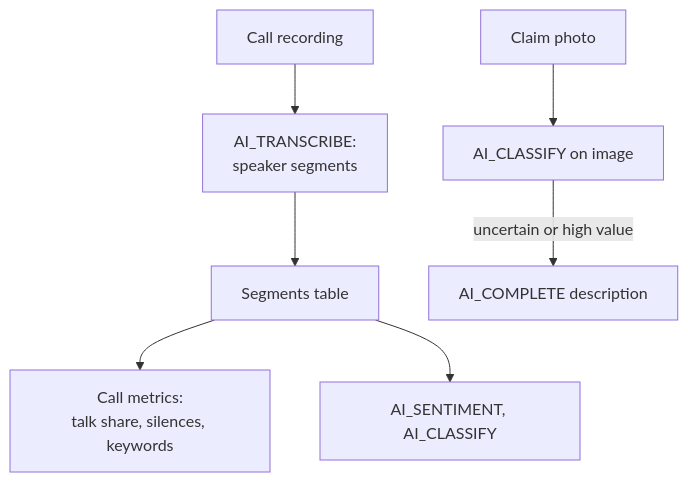
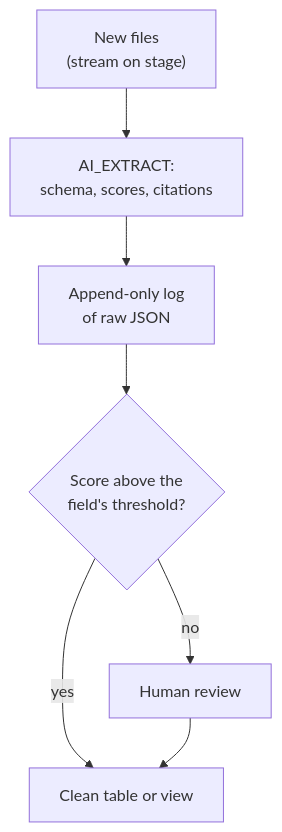
One commit to Abhi4972/AI-From-Zero-to-Hero changed the diagram in data/diagrams/a3307.mmd. Above: the diagram before and after it, drawn with Mermaid. The commit also changed 74 other files, not shown here.

```diff
--- a/data/diagrams/a3307.mmd
+++ b/data/diagrams/a3307.mmd
@@ -1,8 +1,8 @@
-%% after: Calls
+%% after: AI_EXTRACT
 flowchart TD
-  AU["Call recording"] --> TR["AI_TRANSCRIBE:<br/>speaker segments"]
-  TR --> SG["Segments table"]
-  SG --> MT["Call metrics:<br/>talk share, silences, keywords"]
-  SG --> SE["AI_SENTIMENT, AI_CLASSIFY"]
-  PH["Claim photo"] --> IC["AI_CLASSIFY on image"]
-  IC -->|"uncertain or high value"| DS["AI_COMPLETE description"]
+  NF["New files<br/>(stream on stage)"] --> AE["AI_EXTRACT:<br/>schema, scores, citations"]
+  AE --> LG["Append-only log<br/>of raw JSON"]
+  LG --> TH{"Score above the<br/>field's threshold?"}
+  TH -->|"yes"| CT["Clean table or view"]
+  TH -->|"no"| HR["Human review"]
+  HR --> CT
```
